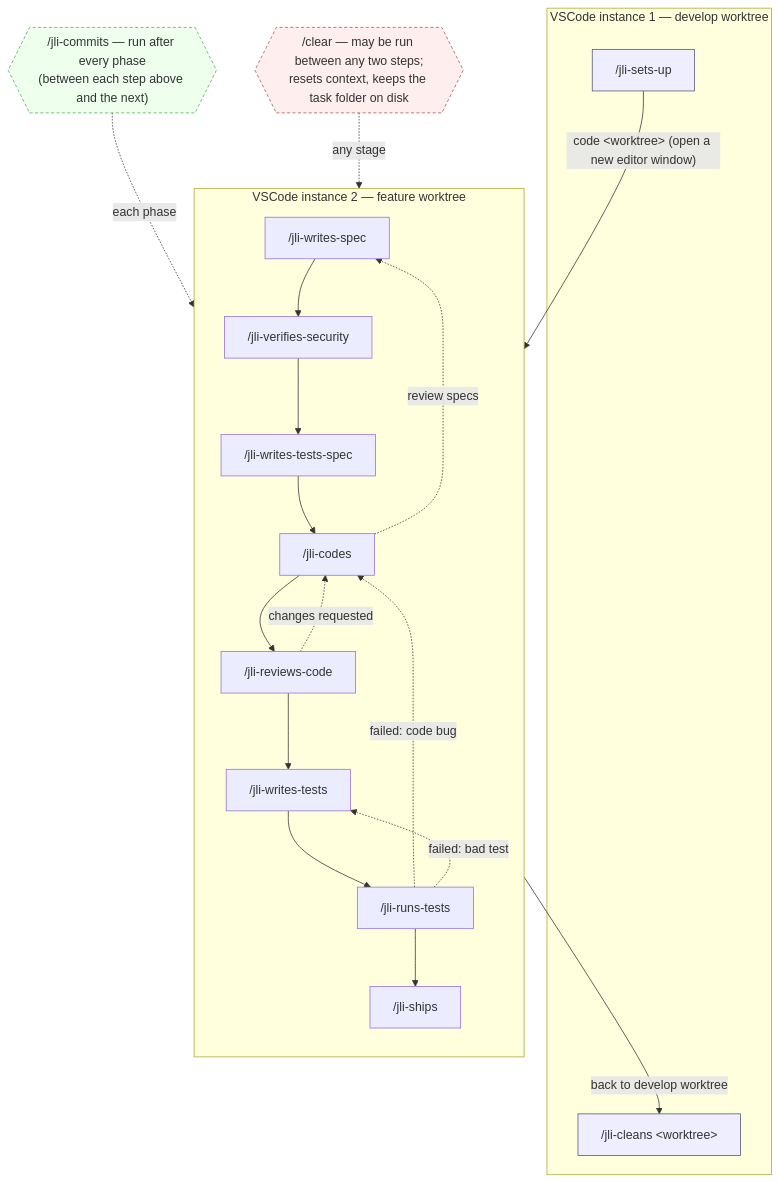
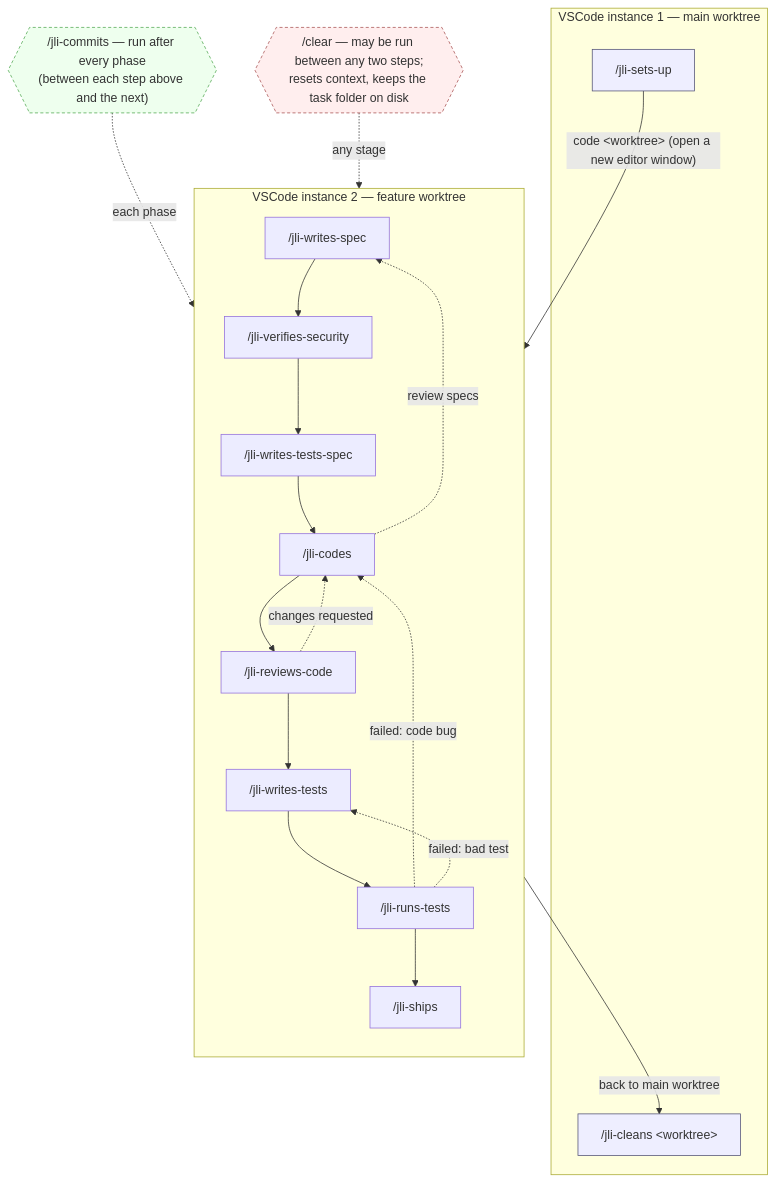
One commit to JeremieLitzler/SocialMediaPublisherApp changed the diagram in AGENT-COMMAND-MIGRATION.md. Above: the diagram before and after it, drawn with Mermaid. The commit also changed other lines of this file and 33 other files, not shown here.

First line of the commit message:
chore: replace develop branch with main across pipeline, workflows and docs

````diff
--- a/AGENT-COMMAND-MIGRATION.md
+++ b/AGENT-COMMAND-MIGRATION.md
@@ -70,39 +70,39 @@
 ```mermaid
 flowchart TD
-    subgraph INST1["VSCode instance 1 — develop worktree"]
+    subgraph INST1["VSCode instance 1 — main worktree"]
         setup["/jli-sets-up"]
         cleanup["/jli-cleans &lt;worktree&gt;"]
     end
 
     subgraph INST2["VSCode instance 2 — feature worktree"]
         direction TB
         spec["/jli-writes-spec"] --> sec["/jli-verifies-security"]
         sec --> tw1["/jli-writes-tests-spec"]
         tw1 --> code["/jli-codes"]
         code --> review["/jli-reviews-code"]
         review --> tw2["/jli-writes-tests"]
         tw2 --> trun["/jli-runs-tests"]
         trun --> ship["/jli-ships"]
     end
 
     setup -->|"code &lt;worktree&gt; (open a new editor window)"| spec
-    ship -->|"back to develop worktree"| cleanup
+    ship -->|"back to main worktree"| cleanup
 
     review -. "changes requested" .-> code
     trun -. "failed: code bug" .-> code
     trun -. "failed: bad test" .-> tw2
     code -. "review specs" .-> spec
 
     commit{{"/jli-commits — run after every phase<br/>(between each step above and the next)"}}
     commit -. "each phase" .-> INST2
 
     clear{{"/clear — may be run between any two steps;<br/>resets context, keeps the task folder on disk"}}
     clear -. "any stage" .-> INST2
 
     classDef editor fill:#eef,stroke:#557,stroke-width:1px;
     classDef note fill:#efe,stroke:#5a5,stroke-width:1px,stroke-dasharray:4 3;
     classDef reset fill:#fee,stroke:#a55,stroke-width:1px,stroke-dasharray:4 3;
     class setup,cleanup editor;
     class commit note;
     class clear reset;
 ```
````
